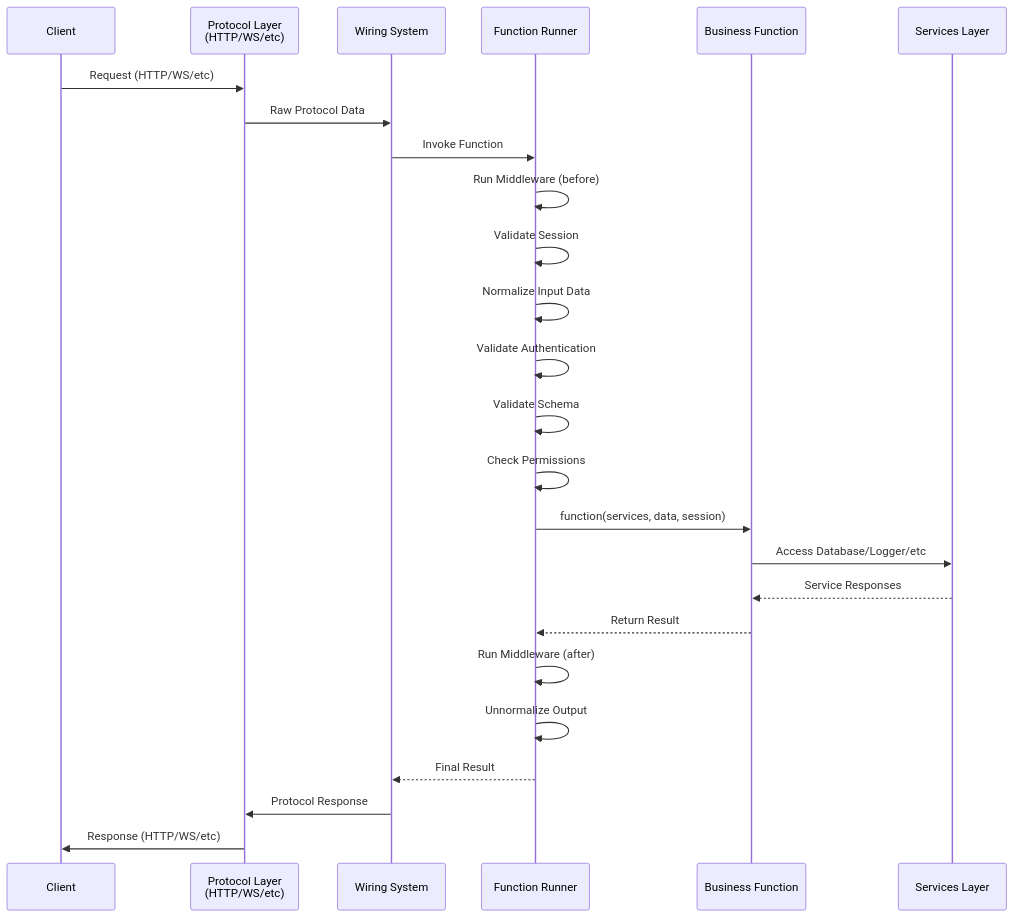
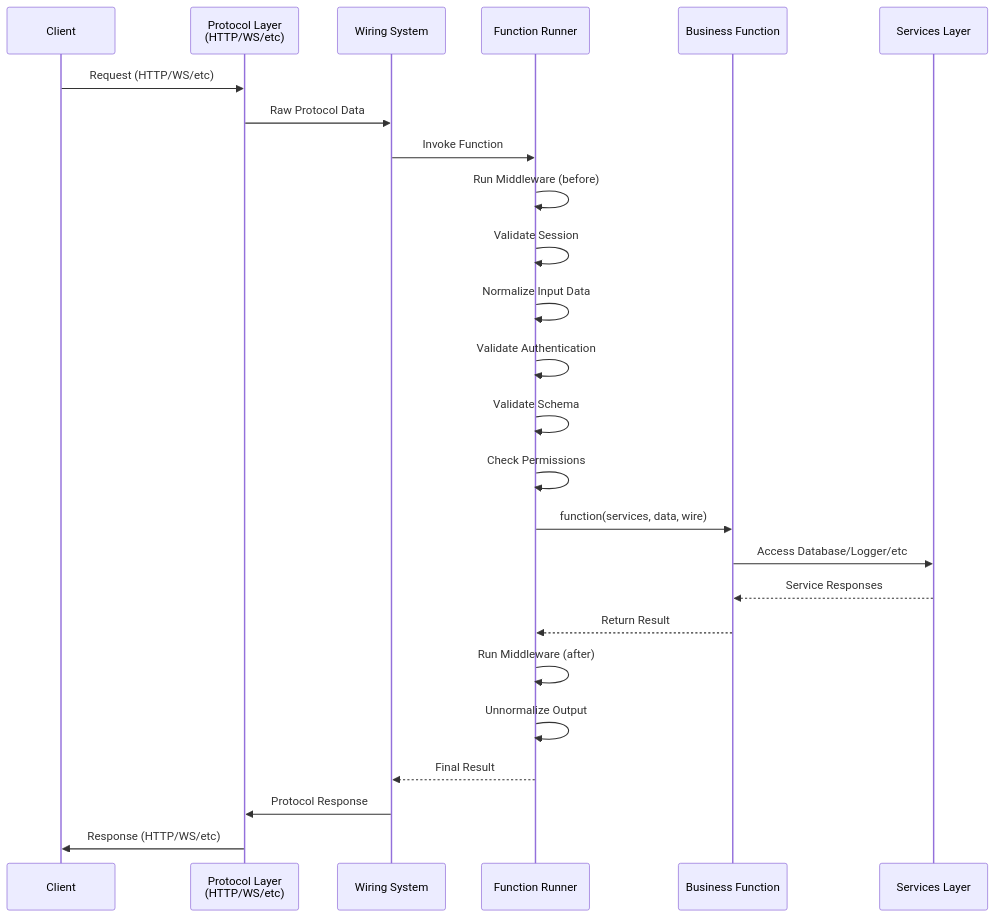
Before and after one commit to pikkujs/website: the second of 5 diagrams in docs/philosophy/architecture.md, drawn with Mermaid. The commit also changed other lines of this file and 43 other files, not shown here.

````diff
--- a/docs/philosophy/architecture.md
+++ b/docs/philosophy/architecture.md
@@ -65,33 +68,33 @@
 ```mermaid
 sequenceDiagram
     participant Client
     participant Protocol as Protocol Layer<br/>(HTTP/WS/etc)
     participant Wiring as Wiring System
     participant Runner as Function Runner
     participant Function as Business Function
     participant Services as Services Layer
 
     Client->>Protocol: Request (HTTP/WS/etc)
     Protocol->>Wiring: Raw Protocol Data
 
     Wiring->>Runner: Invoke Function
 
     Runner->>Runner: Run Middleware (before)
     Runner->>Runner: Validate Session
     Runner->>Runner: Normalize Input Data
     Runner->>Runner: Validate Authentication
     Runner->>Runner: Validate Schema
     Runner->>Runner: Check Permissions
 
-    Runner->>Function: function(services, data, session)
+    Runner->>Function: function(services, data, wire)
     Function->>Services: Access Database/Logger/etc
     Services-->>Function: Service Responses
     Function-->>Runner: Return Result
 
     Runner->>Runner: Run Middleware (after)
     Runner->>Runner: Unnormalize Output
     Runner-->>Wiring: Final Result
 
     Wiring->>Protocol: Protocol Response
     Protocol->>Client: Response (HTTP/WS/etc)
 ```
````
